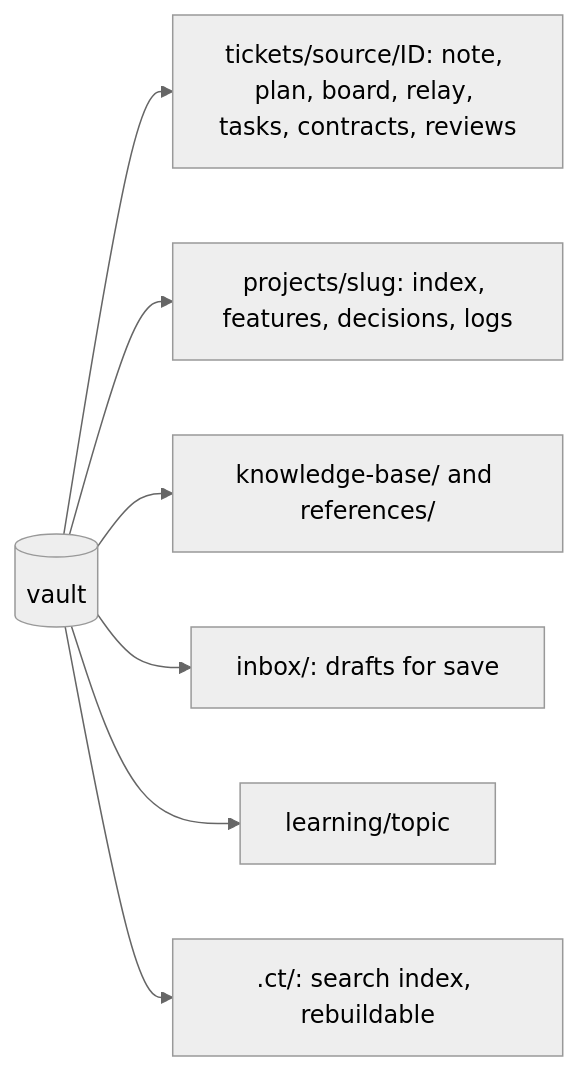
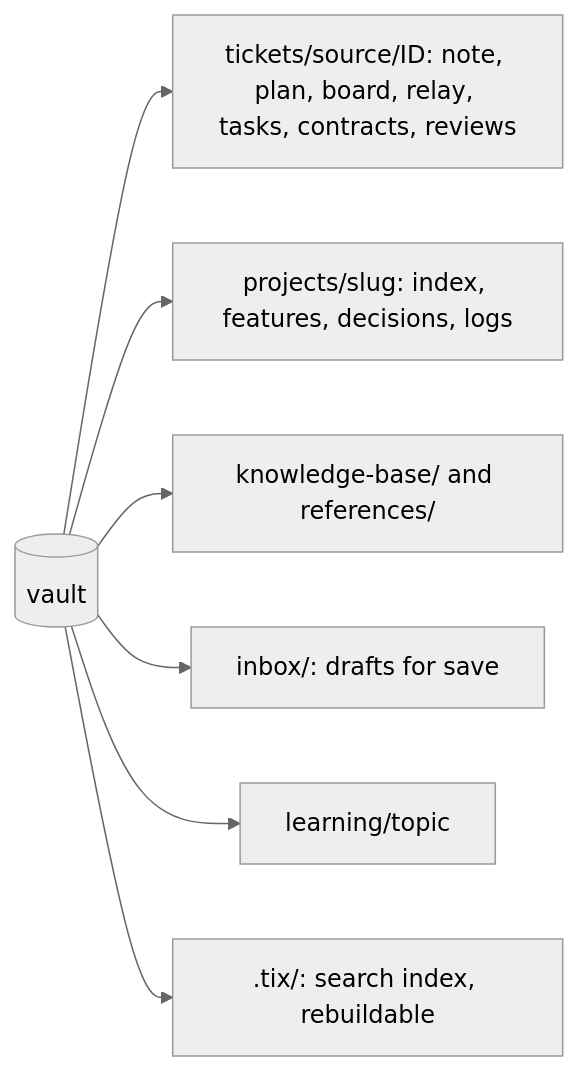
The first of 2 diagrams in docs/workspace-and-vault.md (zero4573/claude-tickets), drawn with Mermaid (neutral theme) before and after one commit. The commit also changed other lines of this file and 361 other files, not shown here.

````diff
--- a/docs/workspace-and-vault.md
+++ b/docs/workspace-and-vault.md
@@ -14,9 +14,9 @@
 ```mermaid
 flowchart LR
   v[("vault")] --> t["tickets/source/ID: note, plan, board, relay, tasks, contracts, reviews"]
   v --> p["projects/slug: index, features, decisions, logs"]
   v --> k["knowledge-base/ and references/"]
   v --> i["inbox/: drafts for save"]
   v --> l["learning/topic"]
-  v --> c[".ct/: search index, rebuildable"]
+  v --> c[".tix/: search index, rebuildable"]
 ```
````
